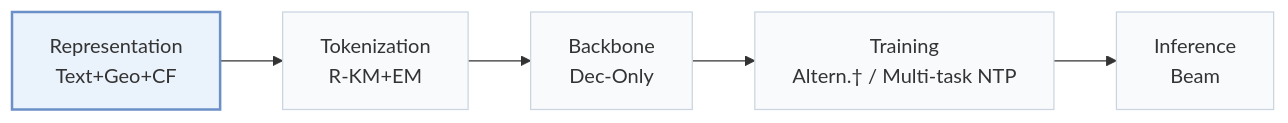
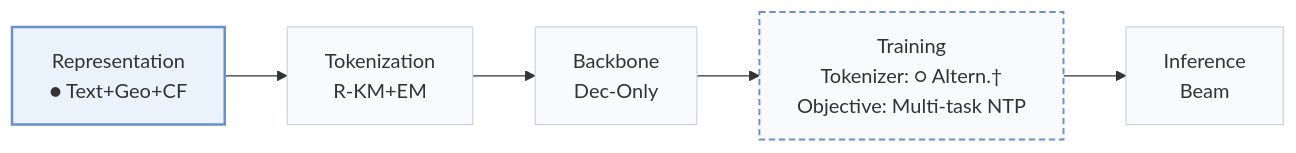
Before and after one commit to Galaxy-ghost/Awesome-SID-Generative-Rec: the first of 3 diagrams in pages/papers/geogr.md, drawn with Mermaid. The commit also changed other lines of this file and 558 other files, not shown here.

````diff
--- a/pages/papers/geogr.md
+++ b/pages/papers/geogr.md
@@ -15,8 +18,10 @@
 ```mermaid
 flowchart LR
-    R["Representation<br/>Text+Geo+CF"] --> T["Tokenization<br/>R-KM+EM"] --> B["Backbone<br/>Dec-Only"] --> TR["Training<br/>Altern.† / Multi-task NTP"] --> I["Inference<br/>Beam"]
+    R["Representation<br/>● Text+Geo+CF"] --> T["Tokenization<br/>R-KM+EM"] --> B["Backbone<br/>Dec-Only"] --> TR["Training<br/>Tokenizer: ○ Altern.†<br/>Objective: Multi-task NTP"] --> I["Inference<br/>Beam"]
     classDef base fill:#f8fafc,stroke:#cbd5e1
     class R,T,B,TR,I base
+    classDef other fill:#f8fafc,stroke:#6b8fc7,stroke-width:1.5px,stroke-dasharray:5 3
+    class TR other
     classDef main fill:#eaf2fb,stroke:#6b8fc7,stroke-width:2px
     class R main
 ```
````
